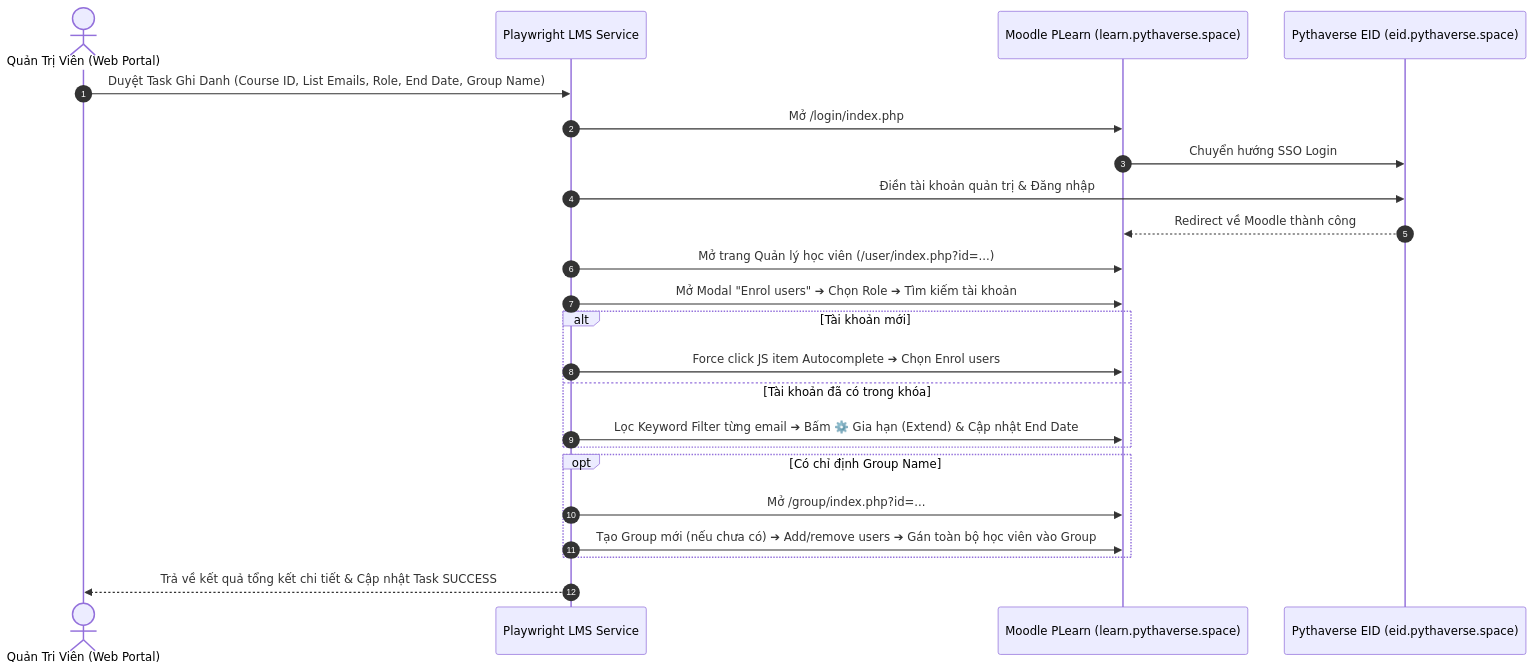
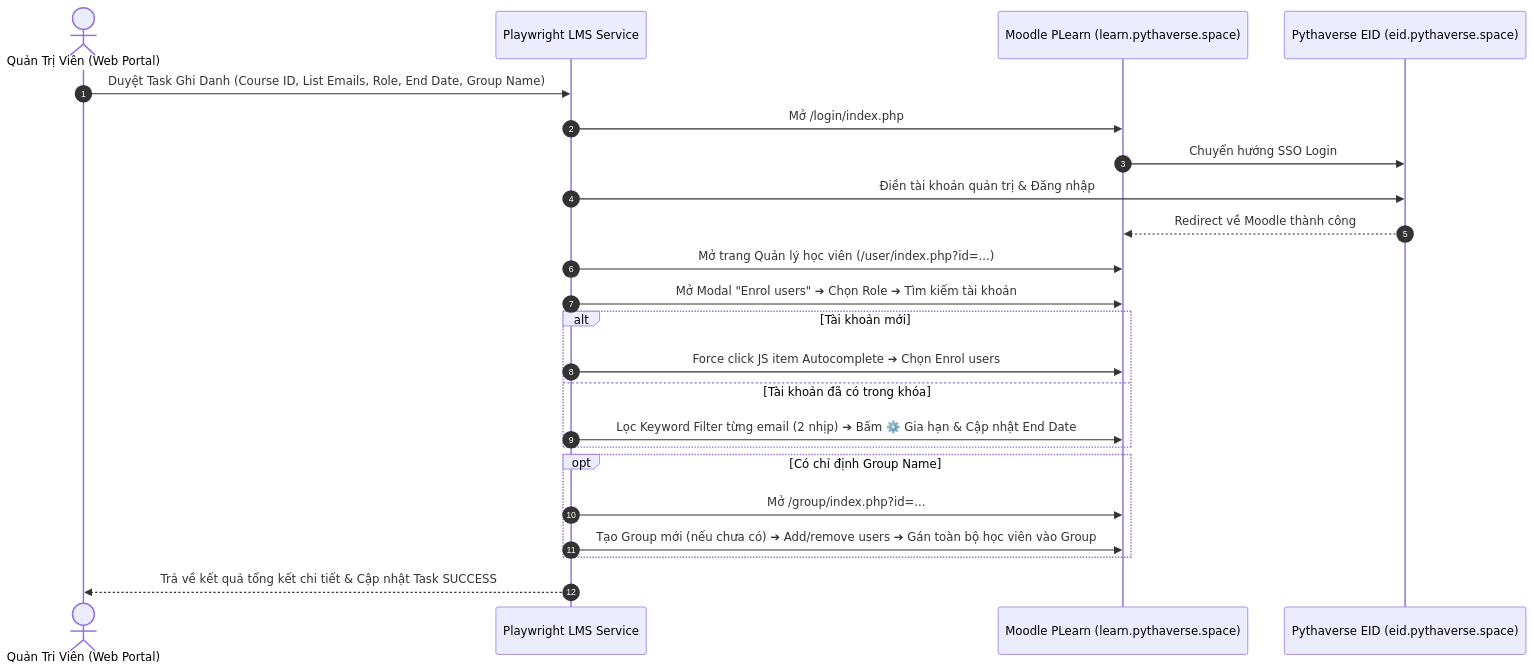
One commit to hungnm-1225/ptv-tasks-administrator changed the sixth of 11 diagrams in README.md. Above: the diagram before and after it, drawn with Mermaid. The commit also changed other lines of this file and 7 other files, not shown here.

````diff
--- a/README.md
+++ b/README.md
@@ -697,26 +758,26 @@
 ```mermaid
 sequenceDiagram
     autonumber
     actor Admin as Quản Trị Viên (Web Portal)
     participant LMS_Worker as Playwright LMS Service
     participant Moodle as Moodle PLearn (learn.pythaverse.space)
     participant Keycloak as Pythaverse EID (eid.pythaverse.space)
 
     Admin->>LMS_Worker: Duyệt Task Ghi Danh (Course ID, List Emails, Role, End Date, Group Name)
     LMS_Worker->>Moodle: Mở /login/index.php
     Moodle->>Keycloak: Chuyển hướng SSO Login
     LMS_Worker->>Keycloak: Điền tài khoản quản trị & Đăng nhập
     Keycloak-->>Moodle: Redirect về Moodle thành công
     LMS_Worker->>Moodle: Mở trang Quản lý học viên (/user/index.php?id=...)
     LMS_Worker->>Moodle: Mở Modal "Enrol users" ➔ Chọn Role ➔ Tìm kiếm tài khoản
     alt Tài khoản mới
         LMS_Worker->>Moodle: Force click JS item Autocomplete ➔ Chọn Enrol users
     else Tài khoản đã có trong khóa
-        LMS_Worker->>Moodle: Lọc Keyword Filter từng email ➔ Bấm ⚙️ Gia hạn (Extend) & Cập nhật End Date
+        LMS_Worker->>Moodle: Lọc Keyword Filter từng email (2 nhịp) ➔ Bấm ⚙️ Gia hạn & Cập nhật End Date
     end
     opt Có chỉ định Group Name
         LMS_Worker->>Moodle: Mở /group/index.php?id=...
         LMS_Worker->>Moodle: Tạo Group mới (nếu chưa có) ➔ Add/remove users ➔ Gán toàn bộ học viên vào Group
     end
     LMS_Worker-->>Admin: Trả về kết quả tổng kết chi tiết & Cập nhật Task SUCCESS
 ```
````
